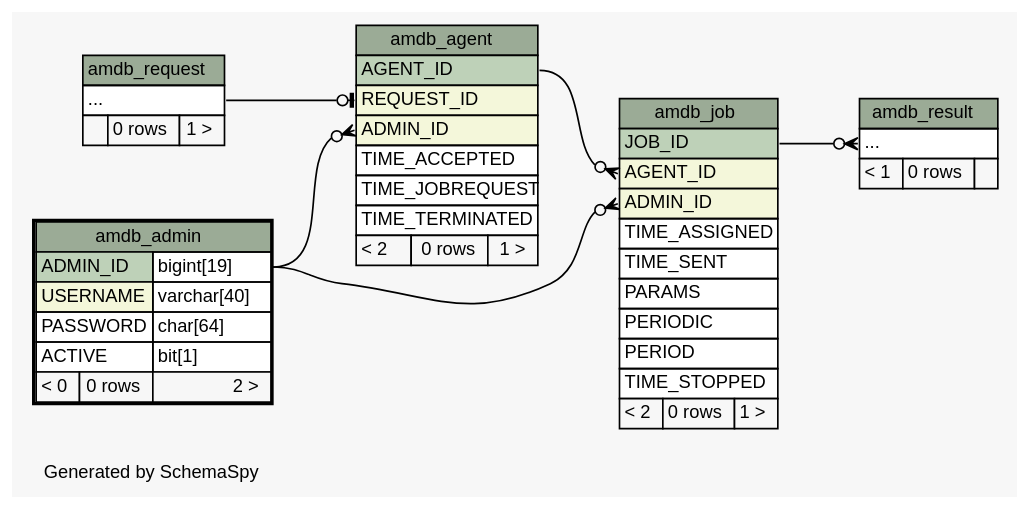
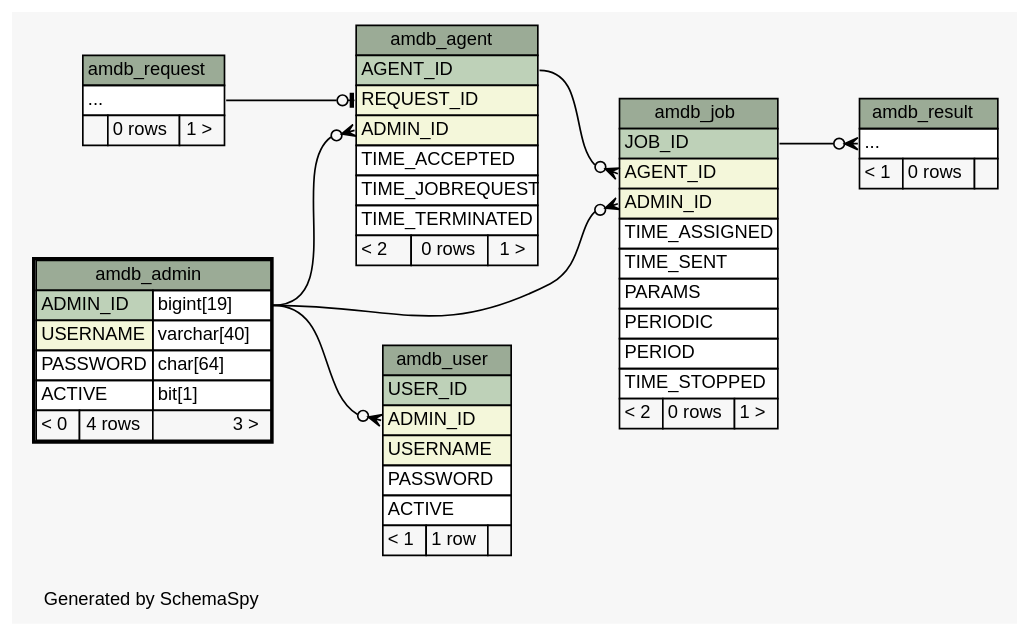
The diagram in am/doc/schemaspy/diagrams/amdb_admin.2degrees.dot (yannikab/k23b_ac), drawn with Graphviz before and after one commit. The commit also changed 67 other files, not shown here.

Commit message:
Added table for Android Client users to Aggregator Manager database, plus some tests and a basic user log in service.

```diff
--- a/am/doc/schemaspy/diagrams/amdb_admin.2degrees.dot
+++ b/am/doc/schemaspy/diagrams/amdb_admin.2degrees.dot
@@ -1,93 +1,108 @@
 // dot 2.38.0 on Linux 4.0.5-gentoo
 // SchemaSpy rev 590
 digraph "twoDegreesRelationshipsDiagram" {
   graph [
     rankdir="RL"
     bgcolor="#f7f7f7"
     label="\nGenerated by SchemaSpy"
     labeljust="l"
     nodesep="0.18"
     ranksep="0.46"
     fontname="Helvetica"
     fontsize="11"
   ];
   node [
     fontname="Helvetica"
     fontsize="11"
     shape="plaintext"
   ];
   edge [
     arrowsize="0.8"
   ];
   "amdb_agent":"ADMIN_ID":w -> "amdb_admin":"ADMIN_ID.type":e [arrowhead=none dir=back arrowtail=crowodot];
   "amdb_agent":"REQUEST_ID":w -> "amdb_request":"elipses":e [arrowhead=none dir=back arrowtail=teeodot];
   "amdb_job":"ADMIN_ID":w -> "amdb_admin":"ADMIN_ID.type":e [arrowhead=none dir=back arrowtail=crowodot];
   "amdb_job":"AGENT_ID":w -> "amdb_agent":"AGENT_ID":e [arrowhead=none dir=back arrowtail=crowodot];
   "amdb_result":"elipses":w -> "amdb_job":"JOB_ID":e [arrowhead=none dir=back arrowtail=crowodot];
+  "amdb_user":"ADMIN_ID":w -> "amdb_admin":"ADMIN_ID.type":e [arrowhead=none dir=back arrowtail=crowodot];
   "amdb_admin" [
     label=<
     <TABLE BORDER="2" CELLBORDER="1" CELLSPACING="0" BGCOLOR="#ffffff">
       <TR><TD COLSPAN="3" BGCOLOR="#9bab96" ALIGN="CENTER">amdb_admin</TD></TR>
       <TR><TD PORT="ADMIN_ID" COLSPAN="2" BGCOLOR="#bed1b8" ALIGN="LEFT">ADMIN_ID</TD><TD PORT="ADMIN_ID.type" ALIGN="LEFT">bigint[19]</TD></TR>
       <TR><TD PORT="USERNAME" COLSPAN="2" BGCOLOR="#f4f7da" ALIGN="LEFT">USERNAME</TD><TD PORT="USERNAME.type" ALIGN="LEFT">varchar[40]</TD></TR>
       <TR><TD PORT="PASSWORD" COLSPAN="2" ALIGN="LEFT">PASSWORD</TD><TD PORT="PASSWORD.type" ALIGN="LEFT">char[64]</TD></TR>
       <TR><TD PORT="ACTIVE" COLSPAN="2" ALIGN="LEFT">ACTIVE</TD><TD PORT="ACTIVE.type" ALIGN="LEFT">bit[1]</TD></TR>
-      <TR><TD ALIGN="LEFT" BGCOLOR="#f7f7f7">&lt; 0</TD><TD ALIGN="RIGHT" BGCOLOR="#f7f7f7">0 rows</TD><TD ALIGN="RIGHT" BGCOLOR="#f7f7f7">2 &gt;</TD></TR>
+      <TR><TD ALIGN="LEFT" BGCOLOR="#f7f7f7">&lt; 0</TD><TD ALIGN="RIGHT" BGCOLOR="#f7f7f7">4 rows</TD><TD ALIGN="RIGHT" BGCOLOR="#f7f7f7">3 &gt;</TD></TR>
     </TABLE>>
     URL="amdb_admin.html"
     tooltip="amdb_admin"
   ];
   "amdb_agent" [
     label=<
     <TABLE BORDER="0" CELLBORDER="1" CELLSPACING="0" BGCOLOR="#ffffff">
       <TR><TD COLSPAN="3" BGCOLOR="#9bab96" ALIGN="CENTER">amdb_agent</TD></TR>
       <TR><TD PORT="AGENT_ID" COLSPAN="3" BGCOLOR="#bed1b8" ALIGN="LEFT">AGENT_ID</TD></TR>
       <TR><TD PORT="REQUEST_ID" COLSPAN="3" BGCOLOR="#f4f7da" ALIGN="LEFT">REQUEST_ID</TD></TR>
       <TR><TD PORT="ADMIN_ID" COLSPAN="3" BGCOLOR="#f4f7da" ALIGN="LEFT">ADMIN_ID</TD></TR>
       <TR><TD PORT="TIME_ACCEPTED" COLSPAN="3" ALIGN="LEFT">TIME_ACCEPTED</TD></TR>
       <TR><TD PORT="TIME_JOBREQUEST" COLSPAN="3" ALIGN="LEFT">TIME_JOBREQUEST</TD></TR>
       <TR><TD PORT="TIME_TERMINATED" COLSPAN="3" ALIGN="LEFT">TIME_TERMINATED</TD></TR>
       <TR><TD ALIGN="LEFT" BGCOLOR="#f7f7f7">&lt; 2</TD><TD ALIGN="RIGHT" BGCOLOR="#f7f7f7">0 rows</TD><TD ALIGN="RIGHT" BGCOLOR="#f7f7f7">1 &gt;</TD></TR>
     </TABLE>>
     URL="amdb_agent.html"
     tooltip="amdb_agent"
   ];
   "amdb_job" [
     label=<
     <TABLE BORDER="0" CELLBORDER="1" CELLSPACING="0" BGCOLOR="#ffffff">
       <TR><TD COLSPAN="3" BGCOLOR="#9bab96" ALIGN="CENTER">amdb_job</TD></TR>
       <TR><TD PORT="JOB_ID" COLSPAN="3" BGCOLOR="#bed1b8" ALIGN="LEFT">JOB_ID</TD></TR>
       <TR><TD PORT="AGENT_ID" COLSPAN="3" BGCOLOR="#f4f7da" ALIGN="LEFT">AGENT_ID</TD></TR>
       <TR><TD PORT="ADMIN_ID" COLSPAN="3" BGCOLOR="#f4f7da" ALIGN="LEFT">ADMIN_ID</TD></TR>
       <TR><TD PORT="TIME_ASSIGNED" COLSPAN="3" ALIGN="LEFT">TIME_ASSIGNED</TD></TR>
       <TR><TD PORT="TIME_SENT" COLSPAN="3" ALIGN="LEFT">TIME_SENT</TD></TR>
       <TR><TD PORT="PARAMS" COLSPAN="3" ALIGN="LEFT">PARAMS</TD></TR>
       <TR><TD PORT="PERIODIC" COLSPAN="3" ALIGN="LEFT">PERIODIC</TD></TR>
       <TR><TD PORT="PERIOD" COLSPAN="3" ALIGN="LEFT">PERIOD</TD></TR>
       <TR><TD PORT="TIME_STOPPED" COLSPAN="3" ALIGN="LEFT">TIME_STOPPED</TD></TR>
       <TR><TD ALIGN="LEFT" BGCOLOR="#f7f7f7">&lt; 2</TD><TD ALIGN="RIGHT" BGCOLOR="#f7f7f7">0 rows</TD><TD ALIGN="RIGHT" BGCOLOR="#f7f7f7">1 &gt;</TD></TR>
     </TABLE>>
     URL="amdb_job.html"
     tooltip="amdb_job"
   ];
   "amdb_request" [
     label=<
     <TABLE BORDER="0" CELLBORDER="1" CELLSPACING="0" BGCOLOR="#ffffff">
       <TR><TD COLSPAN="3" BGCOLOR="#9bab96" ALIGN="CENTER">amdb_request</TD></TR>
       <TR><TD PORT="elipses" COLSPAN="3" ALIGN="LEFT">...</TD></TR>
       <TR><TD ALIGN="LEFT" BGCOLOR="#f7f7f7">  </TD><TD ALIGN="RIGHT" BGCOLOR="#f7f7f7">0 rows</TD><TD ALIGN="RIGHT" BGCOLOR="#f7f7f7">1 &gt;</TD></TR>
     </TABLE>>
     URL="amdb_request.html"
     tooltip="amdb_request"
   ];
   "amdb_result" [
     label=<
     <TABLE BORDER="0" CELLBORDER="1" CELLSPACING="0" BGCOLOR="#ffffff">
       <TR><TD COLSPAN="3" BGCOLOR="#9bab96" ALIGN="CENTER">amdb_result</TD></TR>
       <TR><TD PORT="elipses" COLSPAN="3" ALIGN="LEFT">...</TD></TR>
       <TR><TD ALIGN="LEFT" BGCOLOR="#f7f7f7">&lt; 1</TD><TD ALIGN="RIGHT" BGCOLOR="#f7f7f7">0 rows</TD><TD ALIGN="RIGHT" BGCOLOR="#f7f7f7">  </TD></TR>
     </TABLE>>
     URL="amdb_result.html"
     tooltip="amdb_result"
   ];
+  "amdb_user" [
+    label=<
+    <TABLE BORDER="0" CELLBORDER="1" CELLSPACING="0" BGCOLOR="#ffffff">
+      <TR><TD COLSPAN="3" BGCOLOR="#9bab96" ALIGN="CENTER">amdb_user</TD></TR>
+      <TR><TD PORT="USER_ID" COLSPAN="3" BGCOLOR="#bed1b8" ALIGN="LEFT">USER_ID</TD></TR>
+      <TR><TD PORT="ADMIN_ID" COLSPAN="3" BGCOLOR="#f4f7da" ALIGN="LEFT">ADMIN_ID</TD></TR>
+      <TR><TD PORT="USERNAME" COLSPAN="3" BGCOLOR="#f4f7da" ALIGN="LEFT">USERNAME</TD></TR>
+      <TR><TD PORT="PASSWORD" COLSPAN="3" ALIGN="LEFT">PASSWORD</TD></TR>
+      <TR><TD PORT="ACTIVE" COLSPAN="3" ALIGN="LEFT">ACTIVE</TD></TR>
+      <TR><TD ALIGN="LEFT" BGCOLOR="#f7f7f7">&lt; 1</TD><TD ALIGN="RIGHT" BGCOLOR="#f7f7f7">1 row</TD><TD ALIGN="RIGHT" BGCOLOR="#f7f7f7">  </TD></TR>
+    </TABLE>>
+    URL="amdb_user.html"
+    tooltip="amdb_user"
+  ];
 }
```
